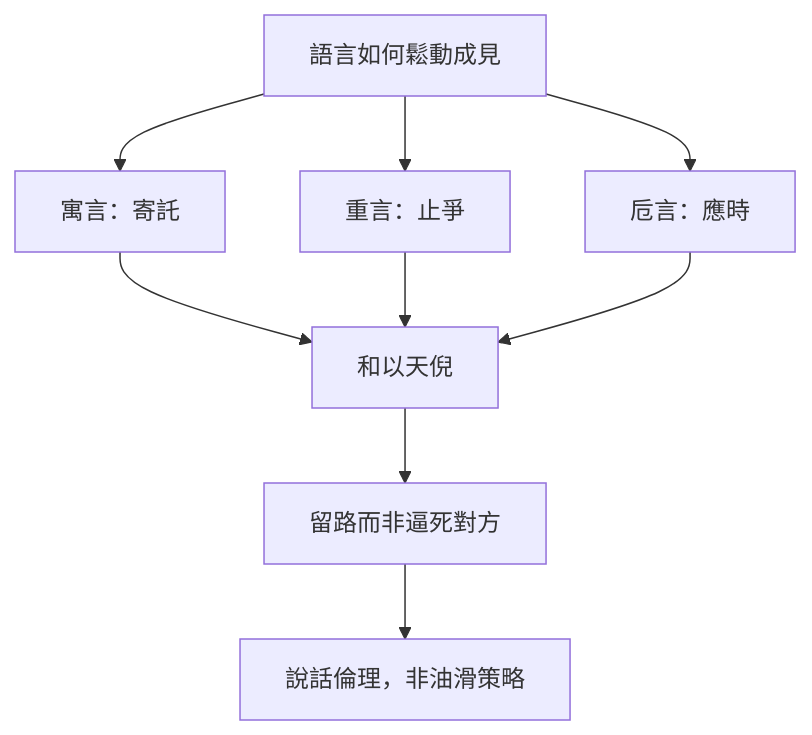
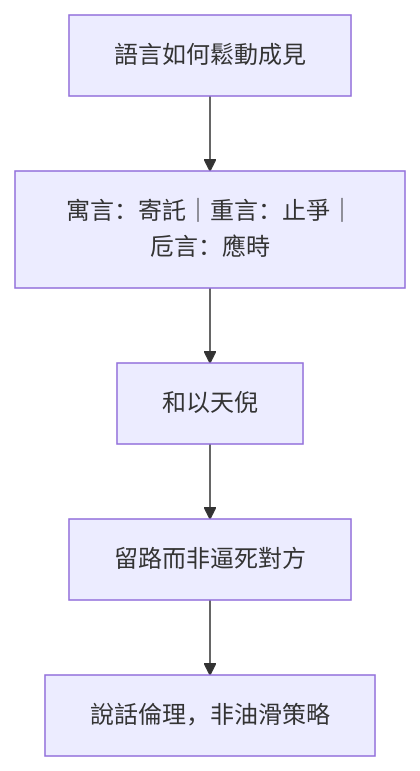
The diagram in content/chapters/03-雜篇/27-寓言.md (show0621/zhuangzi-atlas), drawn with Mermaid before and after one commit. The commit also changed other lines of this file and 35 other files, not shown here.

First line of the commit message:
fix(print): 全書心智圖改單欄並獨頁放大

````diff
--- a/content/chapters/03-雜篇/27-寓言.md
+++ b/content/chapters/03-雜篇/27-寓言.md
@@ -202,11 +202,8 @@
 ```mermaid
 flowchart TB
-  Q[語言如何鬆動成見] --> A[寓言：寄託]
-  Q --> B[重言：止爭]
-  Q --> C[卮言：應時]
-  A --> H[和以天倪]
-  B --> H
-  C --> H
-  H --> R[留路而非逼死對方]
-  R --> N[說話倫理，非油滑策略]
+  Q["語言如何鬆動成見"]
+  Q --> A["寓言：寄託｜重言：止爭｜卮言：應時"]
+  A --> H["和以天倪"]
+  H --> R["留路而非逼死對方"]
+  R --> N["說話倫理，非油滑策略"]
 ```
````
